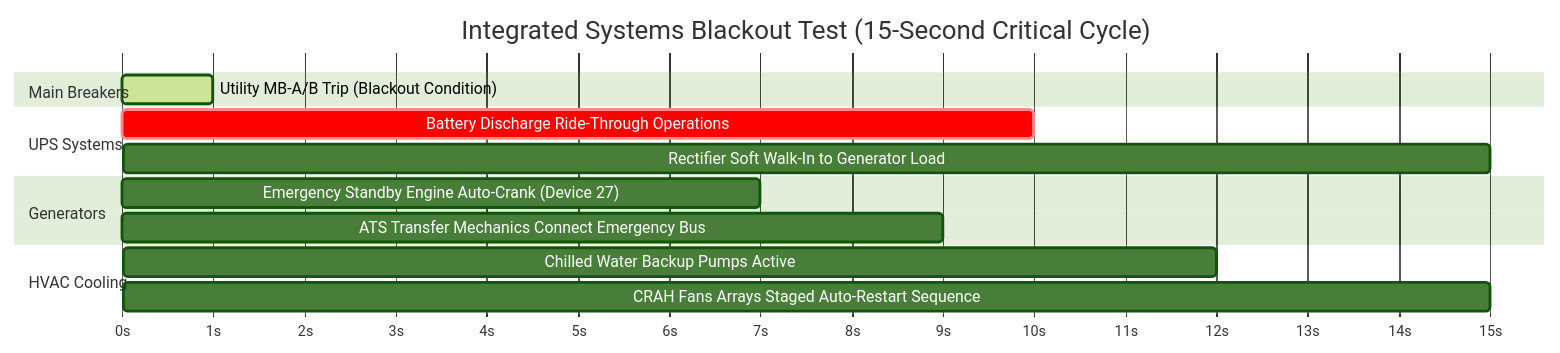
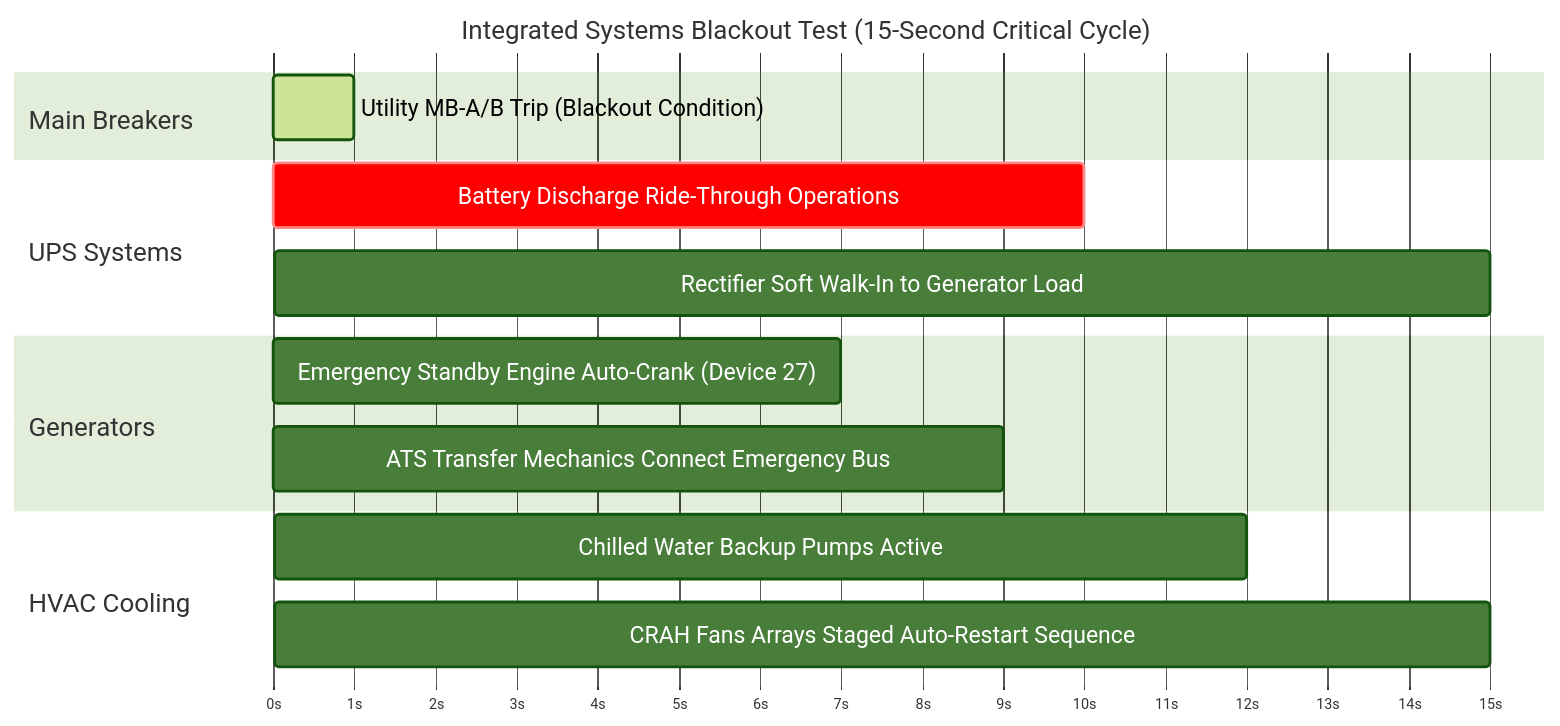
The diagram in docs/commissioning/level1-5-framework.md (Mariamario/mission-critical-portfolio), drawn with Mermaid (forest theme) before and after one commit. The commit also changed other lines of this file, not shown here.

Commit message:
Configure native theme variables to upscale gantt chart internal font sizes and Widen first column padding on commissioning timeline graph

````diff
--- a/docs/commissioning/level1-5-framework.md
+++ b/docs/commissioning/level1-5-framework.md
@@ -9,17 +34,23 @@
 ```mermaid
+%%{init: {'gantt': {'axisFormat': '%S', 'topPadding': 50, 'leftPadding': 180, 'barHeight': 45, 'barGap': 16, 'sidePadding': 60, 'fontSize': 16, 'sectionFontSize': 18}}}%%
 gantt
     title Integrated Systems Blackout Test (15-Second Critical Cycle)
     dateFormat  X
     axisFormat %ss
+
     section Main Breakers
     Utility MB-A/B Trip (Blackout Condition) :active, 0, 1
+
     section UPS Systems
     Battery Discharge Ride-Through Operations :crit, 0, 10
     Rectifier Soft Walk-In to Generator Load : 10, 15
+
     section Generators
     Emergency Standby Engine Auto-Crank (Device 27) : 1, 7
     ATS Transfer Mechanics Connect Emergency Bus : 7, 9
+
     section HVAC Cooling
     Chilled Water Backup Pumps Active : 10, 12
     CRAH Fans Arrays Staged Auto-Restart Sequence : 12, 15
+
 ```
````
